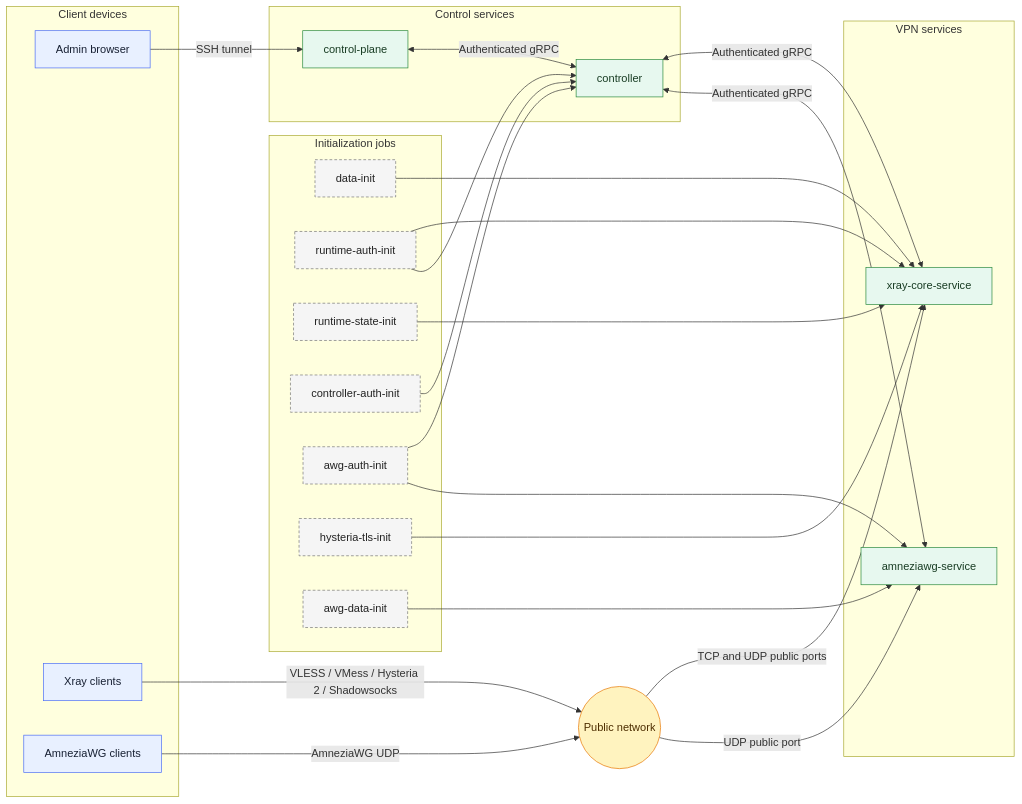
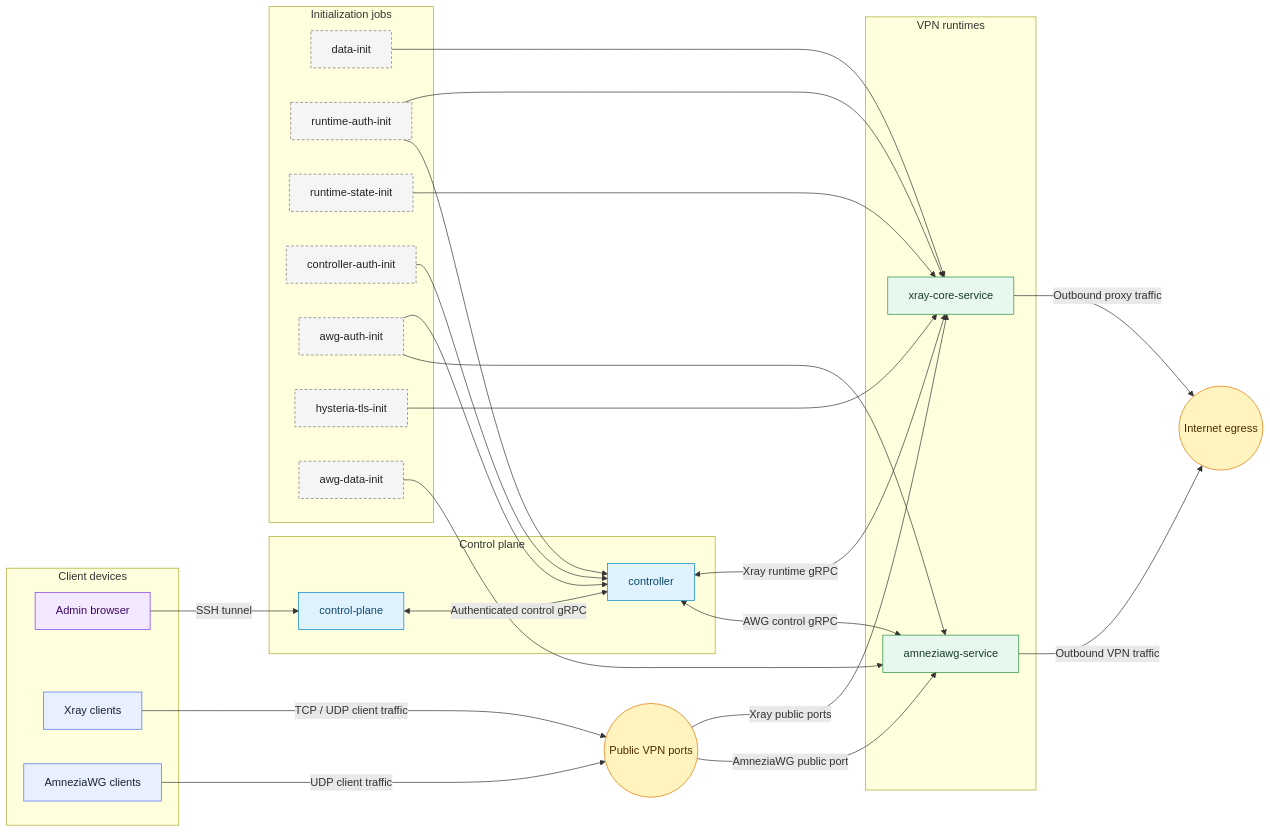
The diagram in docs/readme/pt-BR/README.md (dasshit/xray-easy), drawn with Mermaid before and after one commit. The commit also changed 11 other files, not shown here.

Commit message:
docs: refine Mermaid service architecture

````diff
--- a/docs/readme/pt-BR/README.md
+++ b/docs/readme/pt-BR/README.md
@@ -106,59 +106,66 @@
 ```mermaid
-graph LR
+flowchart LR
     subgraph clients [Client devices]
         admin[Admin browser]
         xrayClients[Xray clients]
         awgClients[AmneziaWG clients]
+    end
+
+    subgraph control [Control plane]
+        ui[control-plane]
+        controller[controller]
+    end
+
+    subgraph runtimes [VPN runtimes]
+        xray[xray-core-service]
+        awg[amneziawg-service]
     end
 
     subgraph bootstrap [Initialization jobs]
         dataInit[data-init]
         runtimeAuth[runtime-auth-init]
         runtimeState[runtime-state-init]
         controllerAuth[controller-auth-init]
         awgAuth[awg-auth-init]
         tlsInit[hysteria-tls-init]
         awgData[awg-data-init]
     end
 
-    subgraph platform [Control services]
-        ui[control-plane]
-        controller[controller]
-    end
-
-    subgraph vpn [VPN services]
-        xray[xray-core-service]
-        awg[amneziawg-service]
-    end
-
-    internet((Public network))
+    public((Public VPN ports))
+    internet((Internet egress))
 
     admin -->|SSH tunnel| ui
-    ui <-->|Authenticated gRPC| controller
-    controller <-->|Authenticated gRPC| xray
-    controller <-->|Authenticated gRPC| awg
+    ui <-->|Authenticated control gRPC| controller
+    controller <-->|Xray runtime gRPC| xray
+    controller <-->|AWG control gRPC| awg
 
     dataInit --> xray
     runtimeAuth --> xray
     runtimeState --> xray
     tlsInit --> xray
     controllerAuth --> controller
     runtimeAuth --> controller
     awgAuth --> controller
     awgData --> awg
     awgAuth --> awg
 
-    xrayClients -->|VLESS / VMess / Hysteria 2 / Shadowsocks| internet
-    awgClients -->|AmneziaWG UDP| internet
-    internet -->|TCP and UDP public ports| xray
-    internet -->|UDP public port| awg
+    xrayClients -->|TCP / UDP client traffic| public
+    awgClients -->|UDP client traffic| public
+    public -->|Xray public ports| xray
+    public -->|AmneziaWG public port| awg
+    xray -->|Outbound proxy traffic| internet
+    awg -->|Outbound VPN traffic| internet
 
+    classDef admin fill:#f3e8ff,stroke:#7c3aed,color:#3b0764,stroke-width:1px;
     classDef client fill:#e8f0ff,stroke:#4c6ef5,color:#172033,stroke-width:1px;
-    classDef service fill:#e7f8ef,stroke:#2b8a3e,color:#183c23,stroke-width:1px;
+    classDef control fill:#e0f2fe,stroke:#0284c7,color:#0c4a6e,stroke-width:1px;
+    classDef runtime fill:#e7f8ef,stroke:#2b8a3e,color:#183c23,stroke-width:1px;
     classDef bootstrap fill:#f5f5f5,stroke:#777,color:#222,stroke-dasharray:4 3;
     classDef network fill:#fff3bf,stroke:#e67700,color:#4d2d00,stroke-width:1px;
-    class admin,xrayClients,awgClients client;
-    class ui,controller,xray,awg service;
+    class admin admin;
+    class xrayClients,awgClients client;
+    class ui,controller control;
+    class xray,awg runtime;
     class dataInit,runtimeAuth,runtimeState,controllerAuth,awgAuth,tlsInit,awgData bootstrap;
-    class internet network;
+    class public,internet network;
 ```
````
